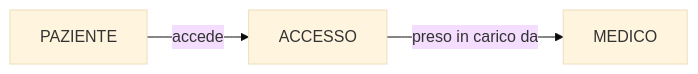
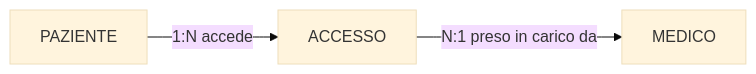
One commit to lucadagati/Lab_Fondamenti_di_Informatica_25_26 changed the first of 4 diagrams in 08-progettazione-er/esercizi/05-esercizio-pronto-soccorso.md. Above: the diagram before and after it, drawn with Mermaid (base theme). The commit also changed other lines of this file and 60 other files, not shown here.

Commit message:
Add Chen ER step-by-step draw.io diagrams and fix layout

````diff
--- a/08-progettazione-er/esercizi/05-esercizio-pronto-soccorso.md
+++ b/08-progettazione-er/esercizi/05-esercizio-pronto-soccorso.md
@@ -49,5 +49,5 @@
 ```mermaid
 flowchart LR
-    P[PAZIENTE] -->|accede| A[ACCESSO]
-    A -->|preso in carico da| M[MEDICO]
+    P[PAZIENTE] -->|1:N accede| A[ACCESSO]
+    A -->|N:1 preso in carico da| M[MEDICO]
 ```
````
